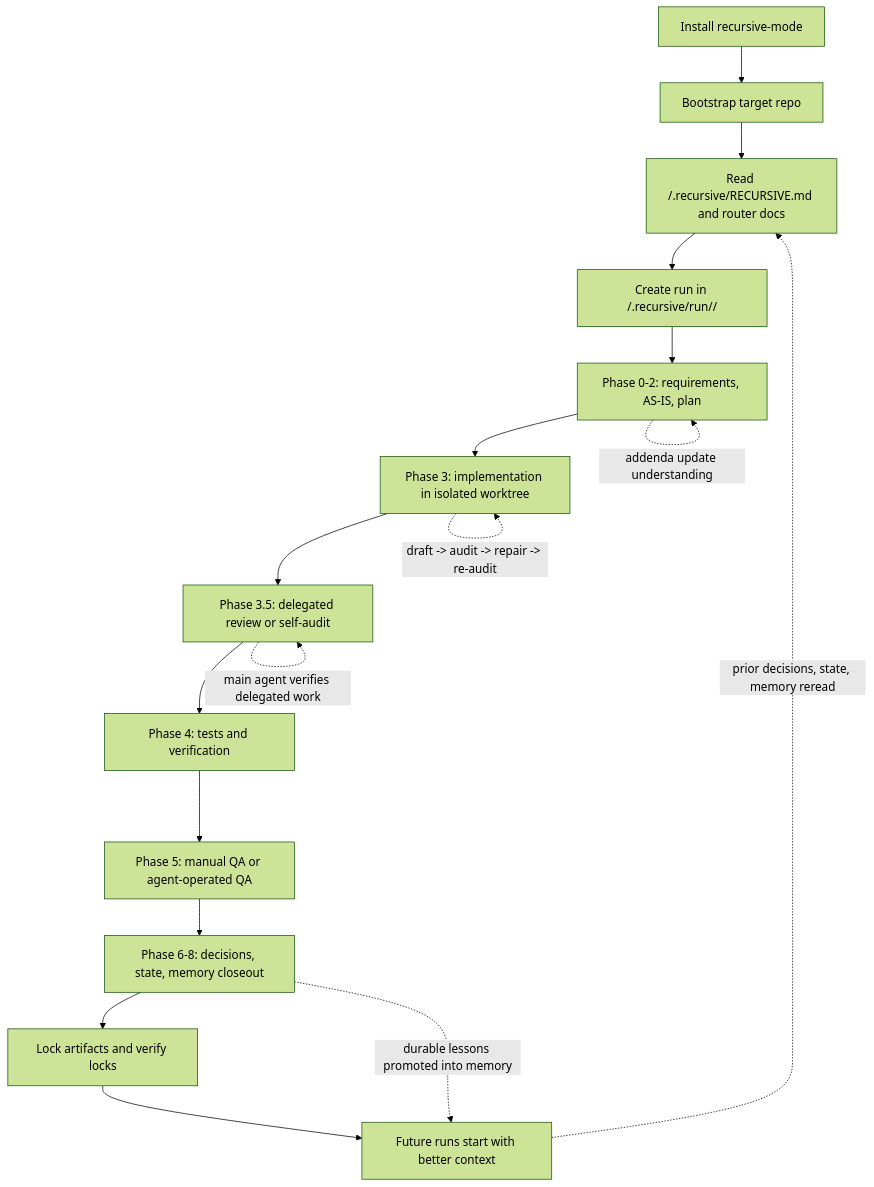
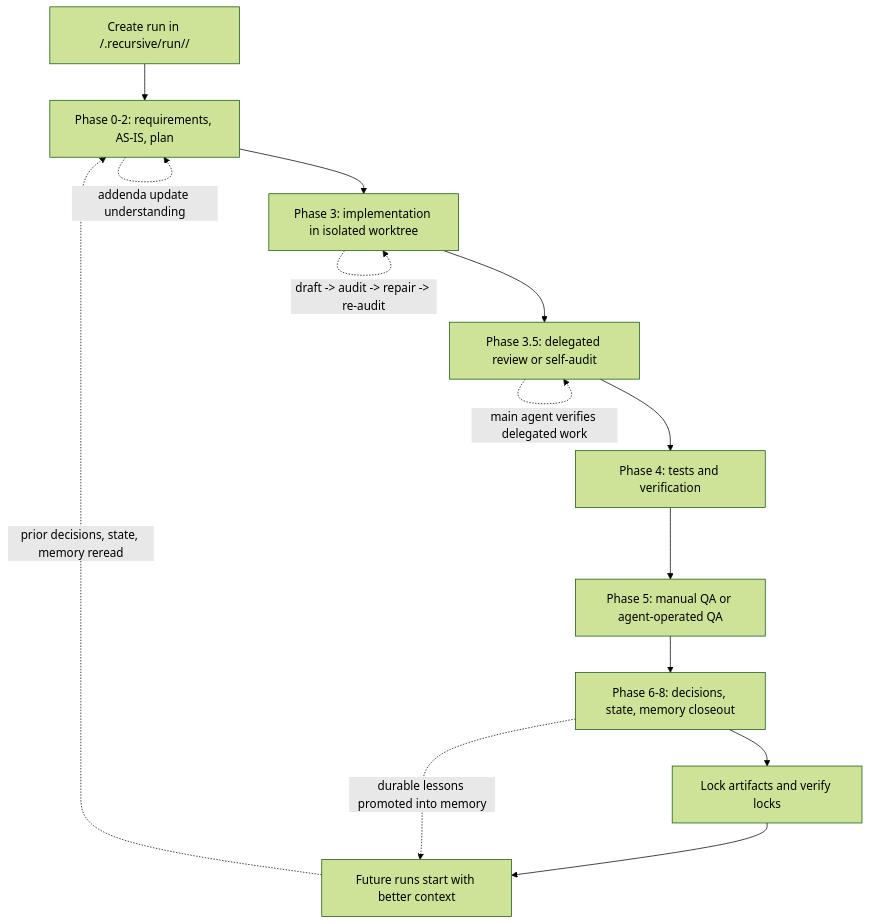
One commit to try-works/recursive-mode changed the diagram in README.md. Above: the diagram before and after it, drawn with Mermaid (forest theme).

Commit message:
docs: simplify workflow diagram

````diff
--- a/README.md
+++ b/README.md
@@ -41,20 +41,17 @@
 ```mermaid
 flowchart TD
-    A[Install recursive-mode] --> B[Bootstrap target repo]
-    B --> C[Read /.recursive/RECURSIVE.md and router docs]
-    C --> D[Create run in /.recursive/run/<run-id>/]
-    D --> E[Phase 0-2: requirements, AS-IS, plan]
-    E --> F[Phase 3: implementation in isolated worktree]
-    F --> G[Phase 3.5: delegated review or self-audit]
-    G --> H[Phase 4: tests and verification]
-    H --> I[Phase 5: manual QA or agent-operated QA]
-    I --> J[Phase 6-8: decisions, state, memory closeout]
-    J --> K[Lock artifacts and verify locks]
-    K --> L[Future runs start with better context]
+    A[Create run in /.recursive/run/<run-id>/] --> B[Phase 0-2: requirements, AS-IS, plan]
+    B --> C[Phase 3: implementation in isolated worktree]
+    C --> D[Phase 3.5: delegated review or self-audit]
+    D --> E[Phase 4: tests and verification]
+    E --> F[Phase 5: manual QA or agent-operated QA]
+    F --> G[Phase 6-8: decisions, state, memory closeout]
+    G --> H[Lock artifacts and verify locks]
+    H --> I[Future runs start with better context]
 
-    E -. addenda update understanding .-> E
-    F -. draft -> audit -> repair -> re-audit .-> F
-    G -. main agent verifies delegated work .-> G
-    J -. durable lessons promoted into memory .-> L
-    L -. prior decisions, state, memory reread .-> C
+    B -. addenda update understanding .-> B
+    C -. draft -> audit -> repair -> re-audit .-> C
+    D -. main agent verifies delegated work .-> D
+    G -. durable lessons promoted into memory .-> I
+    I -. prior decisions, state, memory reread .-> B
 ```
````
